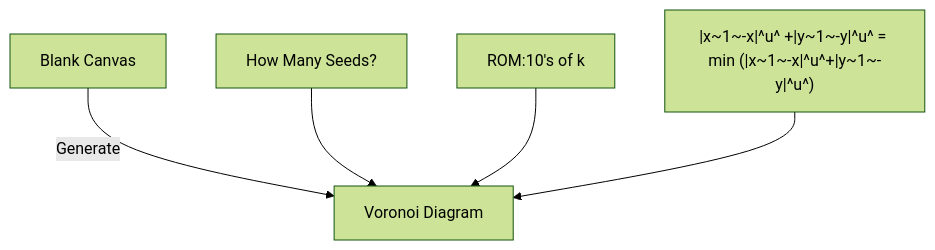
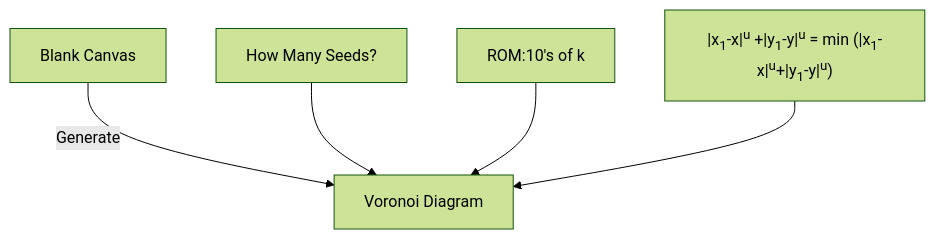
One commit to Half-Guinea-Press/thistle_octopus changed the diagram in docs/blog/posts/240319.md. Above: the diagram before and after it, drawn with Mermaid (forest theme).

````diff
--- a/docs/blog/posts/240319.md
+++ b/docs/blog/posts/240319.md
@@ -7,8 +7,8 @@
 ``` mermaid
 graph TD
   A[Blank Canvas] -->|Generate| B[Voronoi Diagram]
   B1[How Many Seeds?] --> B
   B2[ROM:10's of k] --> B
-  B3["`|x~1~-x|^u^ +|y~1~-y|^u^ = min (|x~1~-x|^u^+|y~1~-y|^u^)`"] --> B
+  B3["|x<sub>1</sub>-x|<sup>u</sup> +|y<sub>1</sub>-y|<sup>u</sup> = min (|x<sub>1</sub>-x|<sup>u</sup>+|y<sub>1</sub>-y|<sup>u</sup>)"] --> B
   
 ```
````
